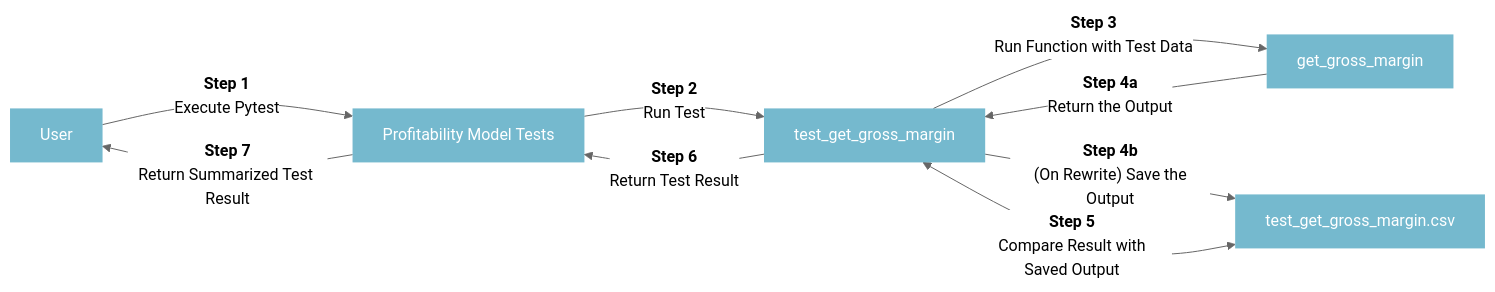
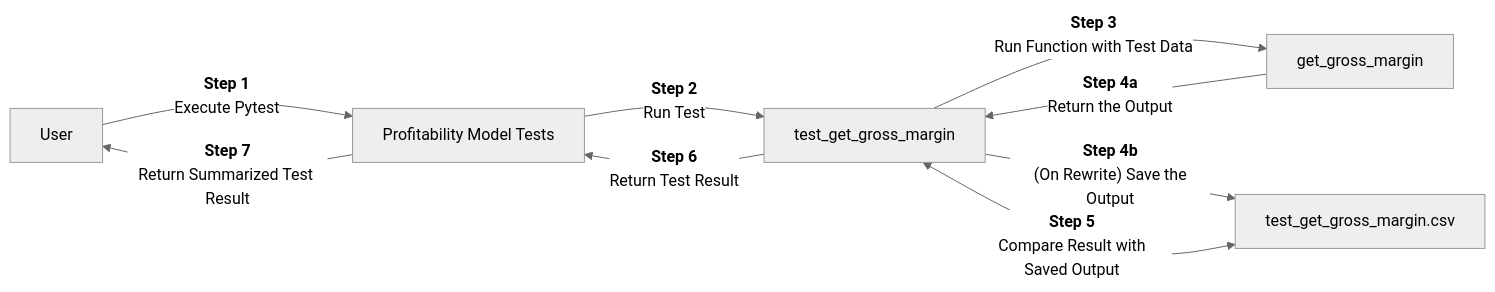
The diagram in _pages/coding/testing-your-model.md (JerBouma/jerbouma.github.io), drawn with Mermaid (neutral theme) before and after one commit. The commit also changed other lines of this file and 90 other files, not shown here.

```diff
--- a/_pages/coding/testing-your-model.md
+++ b/_pages/coding/testing-your-model.md
@@ -40,14 +31,12 @@
 <div class="mermaid">
 flowchart LR;
 
-classDef boxfont fill:#3b9cba,stroke-width:0px,fill-opacity:0.7,color:white,radius:20px;
-
-Step0["User"]:::boxfont -- <b>Step 1<br></b>Execute Pytest --> Step1["Profitability Model Tests"]:::boxfont
-Step1["Profitability Model Tests"] -- <b>Step 2<br></b>Run Test --> Step2["test_get_gross_margin"]:::boxfont
-Step2["test_get_gross_margin"] -- <b>Step 3<br></b>Run Function with Test Data --> Step3["get_gross_margin"]:::boxfont
+Step0["User"] -- <b>Step 1<br></b>Execute Pytest --> Step1["Profitability Model Tests"]
+Step1["Profitability Model Tests"] -- <b>Step 2<br></b>Run Test --> Step2["test_get_gross_margin"]
+Step2["test_get_gross_margin"] -- <b>Step 3<br></b>Run Function with Test Data --> Step3["get_gross_margin"]
 Step3["get_gross_margin"] -- <b>Step 4a<br></b>Return the Output --> Step2["test_get_gross_margin"]
-Step2["test_get_gross_margin"] -- <b>Step 4b<br></b> (On Rewrite) Save the Output --> Step4["test_get_gross_margin.csv"]:::boxfont
-Step2["test_get_gross_margin"] <-- <b>Step 5<br></b> Compare Result with Saved Output --> Step4["test_get_gross_margin.csv"]:::boxfont
+Step2["test_get_gross_margin"] -- <b>Step 4b<br></b> (On Rewrite) Save the Output --> Step4["test_get_gross_margin.csv"]
+Step2["test_get_gross_margin"] <-- <b>Step 5<br></b> Compare Result with Saved Output --> Step4["test_get_gross_margin.csv"]
 Step2["test_get_gross_margin"] -- <b>Step 6<br></b>Return Test Result --> Step1["Profitability Model Tests"]
 Step1["Profitability Model Tests"] -- <b>Step 7<br></b>Return Summarized Test Result --> Step0["User"]
 </div>
```
